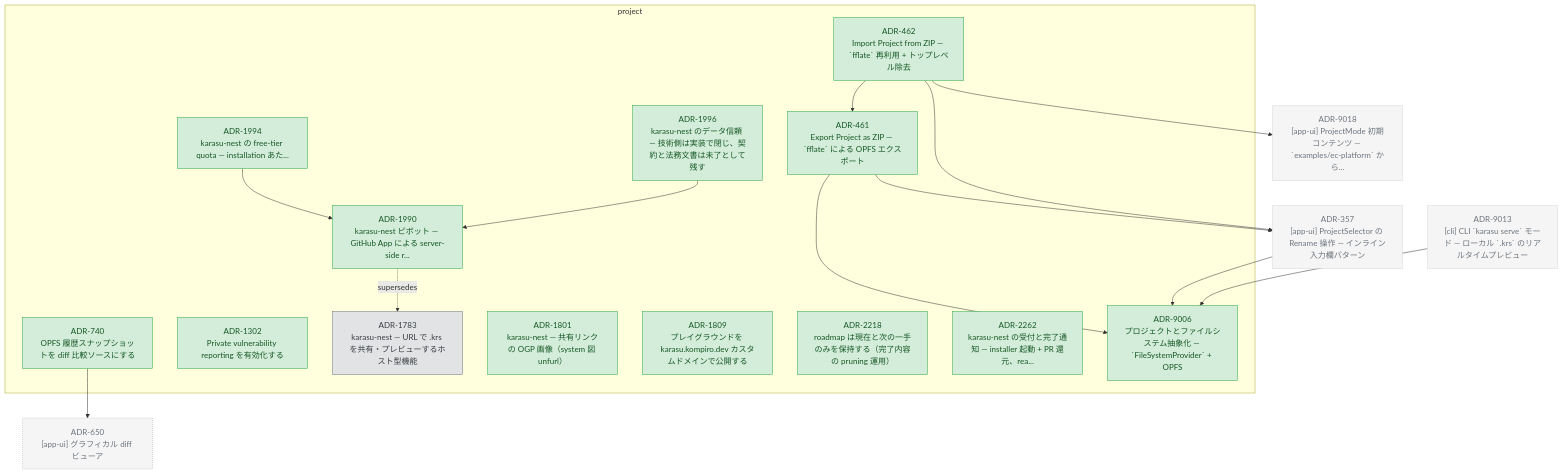
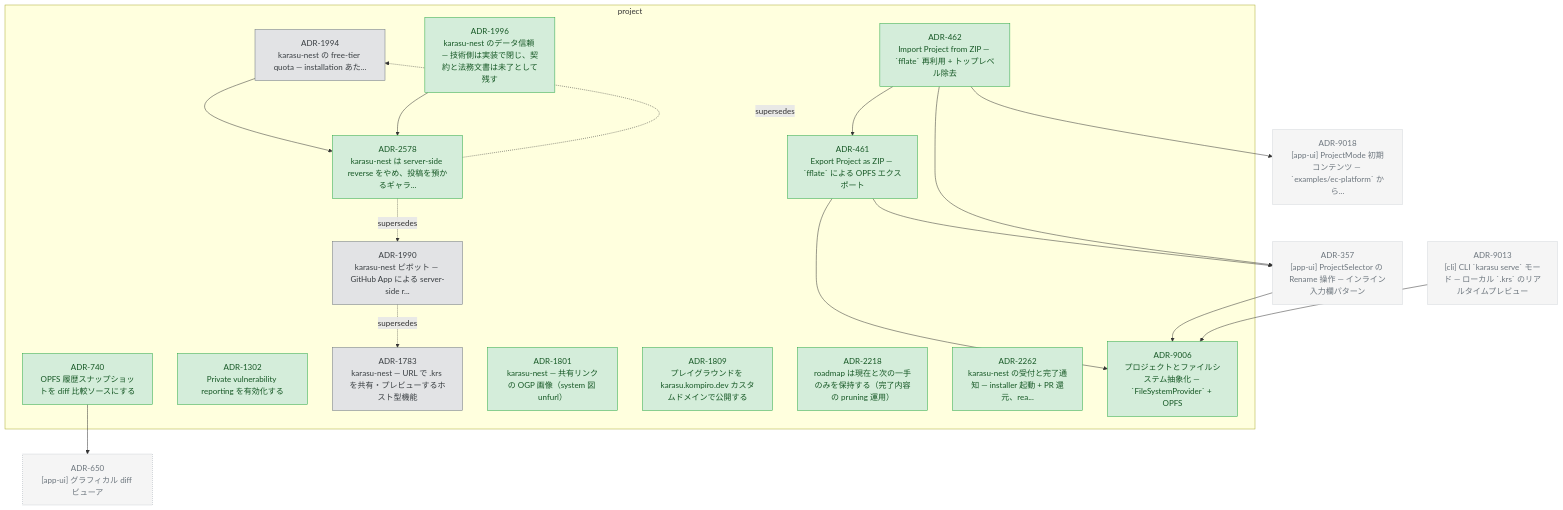
Before and after one commit to kompiro/karasu: the diagram in docs/adr/graph/project.md, drawn with Mermaid. The commit also changed 6 other files, not shown here.

First line of the commit message:
docs(adr): retire server-side reverse as ADR-2578, superseding ADR-1990 and ADR-1994 (#2594)

````diff
--- a/docs/adr/graph/project.md
+++ b/docs/adr/graph/project.md
@@ -6,57 +6,61 @@
 ```mermaid
 flowchart TD
   subgraph project["project"]
     ADR_461["ADR-461<br/>Export Project as ZIP — `fflate` による OPFS エクスポート"]
     ADR_462["ADR-462<br/>Import Project from ZIP — `fflate` 再利用 + トップレベル除去"]
     ADR_740["ADR-740<br/>OPFS 履歴スナップショットを diff 比較ソースにする"]
     ADR_1302["ADR-1302<br/>Private vulnerability reporting を有効化する"]
     ADR_1783["ADR-1783<br/>karasu-nest — URL で .krs を共有・プレビューするホスト型機能"]
     ADR_1801["ADR-1801<br/>karasu-nest — 共有リンクの OGP 画像（system 図 unfurl）"]
     ADR_1809["ADR-1809<br/>プレイグラウンドを karasu.kompiro.dev カスタムドメインで公開する"]
     ADR_1990["ADR-1990<br/>karasu-nest ピボット — GitHub App による server-side r..."]
     ADR_1994["ADR-1994<br/>karasu-nest の free-tier quota — installation あた..."]
     ADR_1996["ADR-1996<br/>karasu-nest のデータ信頼 — 技術側は実装で閉じ、契約と法務文書は未了として残す"]
     ADR_2218["ADR-2218<br/>roadmap は現在と次の一手のみを保持する（完了内容の pruning 運用）"]
     ADR_2262["ADR-2262<br/>karasu-nest の受付と完了通知 — installer 起動 + PR 還元、rea..."]
+    ADR_2578["ADR-2578<br/>karasu-nest は server-side reverse をやめ、投稿を預かるギャラ..."]
     ADR_9006["ADR-9006<br/>プロジェクトとファイルシステム抽象化 — `FileSystemProvider` + OPFS"]
   end
   ADR_357["ADR-357<br/>[app-ui] ProjectSelector の Rename 操作 — インライン入力欄パターン"]
   ADR_650["ADR-650<br/>[app-ui] グラフィカル diff ビューア"]
   ADR_9013["ADR-9013<br/>[cli] CLI `karasu serve` モード — ローカル `.krs` のリアルタイムプレビュー"]
   ADR_9018["ADR-9018<br/>[app-ui] ProjectMode 初期コンテンツ — `examples/ec-platform` から..."]
   ADR_461 --> ADR_9006
   ADR_461 --> ADR_357
   ADR_462 --> ADR_357
   ADR_462 --> ADR_9018
   ADR_462 --> ADR_461
   ADR_740 --> ADR_650
-  ADR_1994 --> ADR_1990
-  ADR_1996 --> ADR_1990
+  ADR_1994 --> ADR_2578
+  ADR_1996 --> ADR_2578
   ADR_357 --> ADR_9006
   ADR_9013 --> ADR_9006
   ADR_1990 -.supersedes.-> ADR_1783
+  ADR_2578 -.supersedes.-> ADR_1990
+  ADR_2578 -.supersedes.-> ADR_1994
 
   classDef accepted fill:#d4edda,stroke:#28a745,color:#155724
   classDef proposed fill:#fff3cd,stroke:#ffc107,color:#856404
   classDef deprecated fill:#f8d7da,stroke:#dc3545,color:#721c24
   classDef superseded fill:#e2e3e5,stroke:#6c757d,color:#383d41
   classDef not_adopted fill:#e2e3e5,stroke:#6c757d,color:#383d41,stroke-dasharray:3 3
   classDef ghost fill:#f5f5f5,stroke:#adb5bd,color:#6c757d,stroke-dasharray:2 2
   class ADR_461 accepted
   class ADR_462 accepted
   class ADR_740 accepted
   class ADR_1302 accepted
   class ADR_1783 superseded
   class ADR_1801 accepted
   class ADR_1809 accepted
-  class ADR_1990 accepted
-  class ADR_1994 accepted
+  class ADR_1990 superseded
+  class ADR_1994 superseded
   class ADR_1996 accepted
   class ADR_2218 accepted
   class ADR_2262 accepted
+  class ADR_2578 accepted
   class ADR_9006 accepted
   class ADR_357 ghost
   class ADR_650 ghost
   class ADR_9013 ghost
   class ADR_9018 ghost
 ```
````
